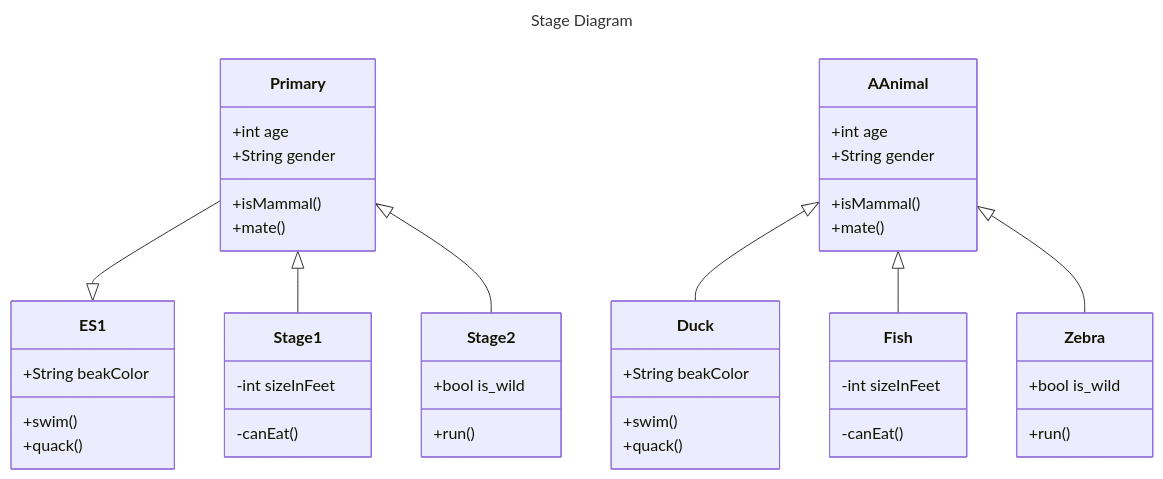
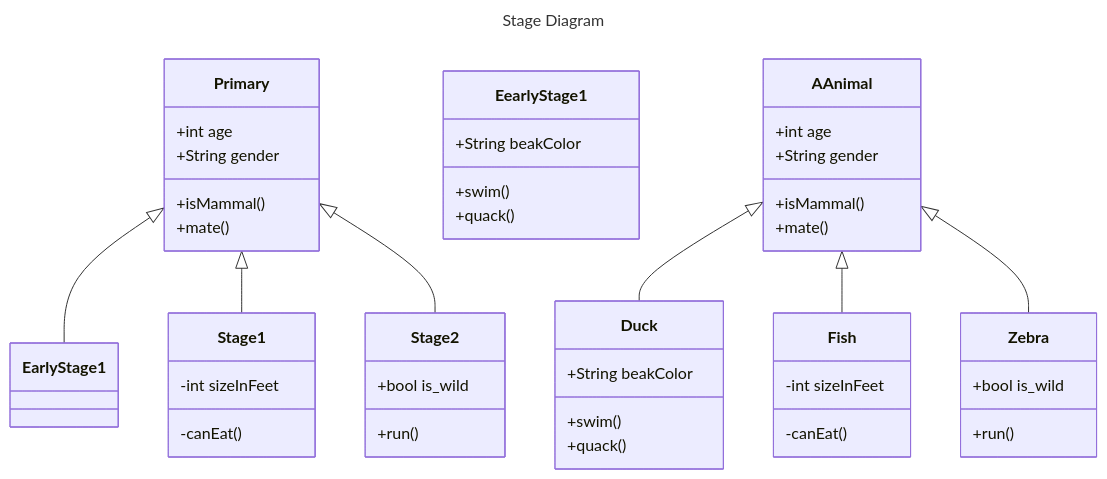
The diagram in README.md (librelab/gurukul), drawn with Mermaid before and after one commit.

````diff
--- a/README.md
+++ b/README.md
@@ -55,46 +55,46 @@
 ```mermaid
 ---
 title: Stage Diagram
 ---
 classDiagram
-    Primary --|> ES1
+    Primary <|-- Early Stage1
     Primary <|-- Stage1
     Primary <|-- Stage2
     Primary : +int age
     Primary : +String gender
     Primary: +isMammal()
     Primary: +mate()
-    class ES1{
+    class Eearly Stage1{
       +String beakColor
       +swim()
       +quack()
     }
     class Stage1{
       -int sizeInFeet
       -canEat()
     }
     class Stage2{
       +bool is_wild
       +run()
     }	
 	AAnimal <|-- Duck
     AAnimal <|-- Fish
     AAnimal <|-- Zebra
     AAnimal : +int age
     AAnimal : +String gender
     AAnimal: +isMammal()
     AAnimal: +mate()
     class Duck{
       +String beakColor
       +swim()
       +quack()
     }
     class Fish{
       -int sizeInFeet
       -canEat()
     }
     class Zebra{
       +bool is_wild
       +run()
     }
 ```
````
